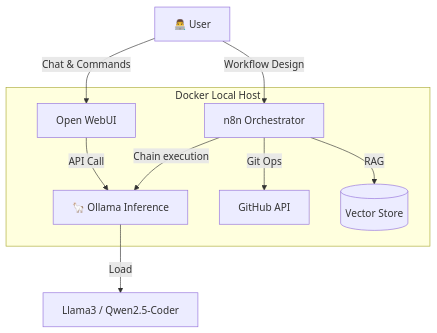
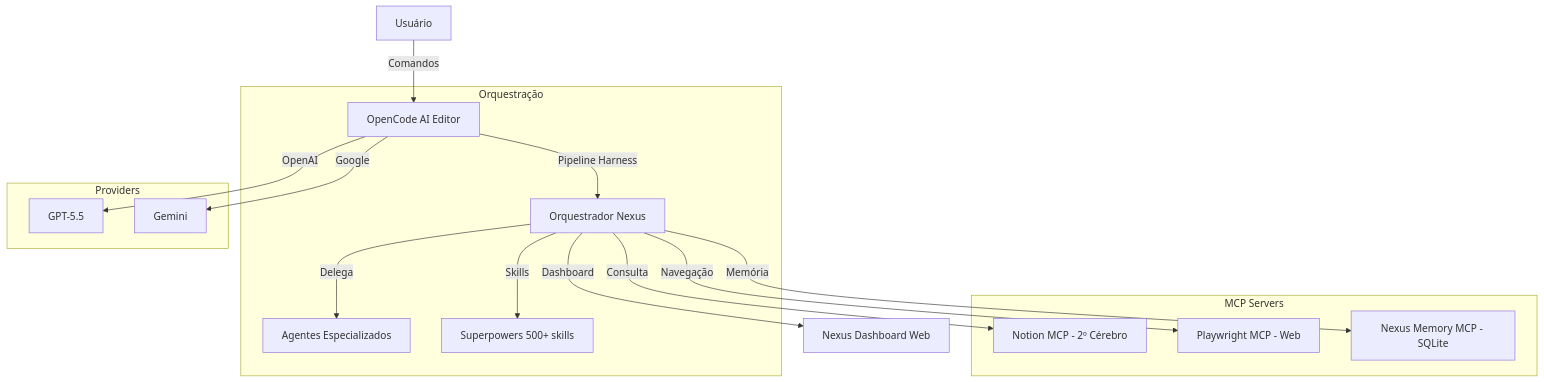
The diagram in README.md (oN0V41S/nexus-7-agent), drawn with Mermaid before and after one commit. The commit also changed other lines of this file and 4 other files, not shown here.

````diff
--- a/README.md
+++ b/README.md
@@ -14,14 +11,23 @@
 ```mermaid
 graph TD
-    User[👨‍💻 User] -->|Chat & Commands| WebUI[Open WebUI]
-    User -->|Workflow Design| N8N[n8n Orchestrator]
+    User[Usuário] -->|Comandos| OpenCode[OpenCode AI Editor]
     
-    subgraph "Docker Local Host"
-        WebUI -->|API Call| Ollama[🦙 Ollama Inference]
-        N8N -->|Chain execution| Ollama
-        N8N -->|Git Ops| GitHub[GitHub API]
-        N8N -->|RAG| VectorDB[(Vector Store)]
+    subgraph "Orquestração"
+        OpenCode -->|Pipeline Harness| Orchestrator[Orquestrador Nexus]
+        Orchestrator -->|Delega| SubAgents[Agentes Especializados]
+        Orchestrator -->|Skills| Superpowers[Superpowers 500+ skills]
     end
     
-    Ollama -->|Load| Models[Llama3 / Qwen2.5-Coder]
+    subgraph "MCP Servers"
+        Orchestrator -->|Consulta| Notion[Notion MCP - 2º Cérebro]
+        Orchestrator -->|Navegação| Playwright[Playwright MCP - Web]
+        Orchestrator -->|Memória| Memory[Nexus Memory MCP - SQLite]
+    end
+    
+    subgraph "Providers"
+        OpenCode -->|OpenAI| GPT[GPT-5.5]
+        OpenCode -->|Google| Gemini[Gemini]
+    end
+    
+    Orchestrator -->|Dashboard| Dashboard[Nexus Dashboard Web]
 ```
````
